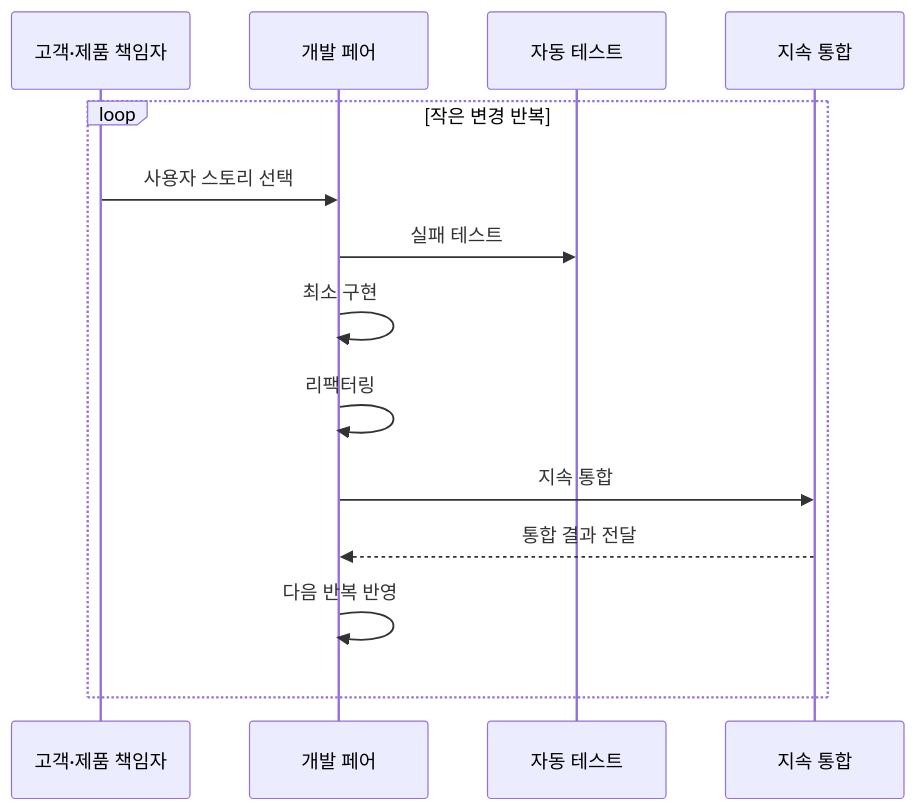
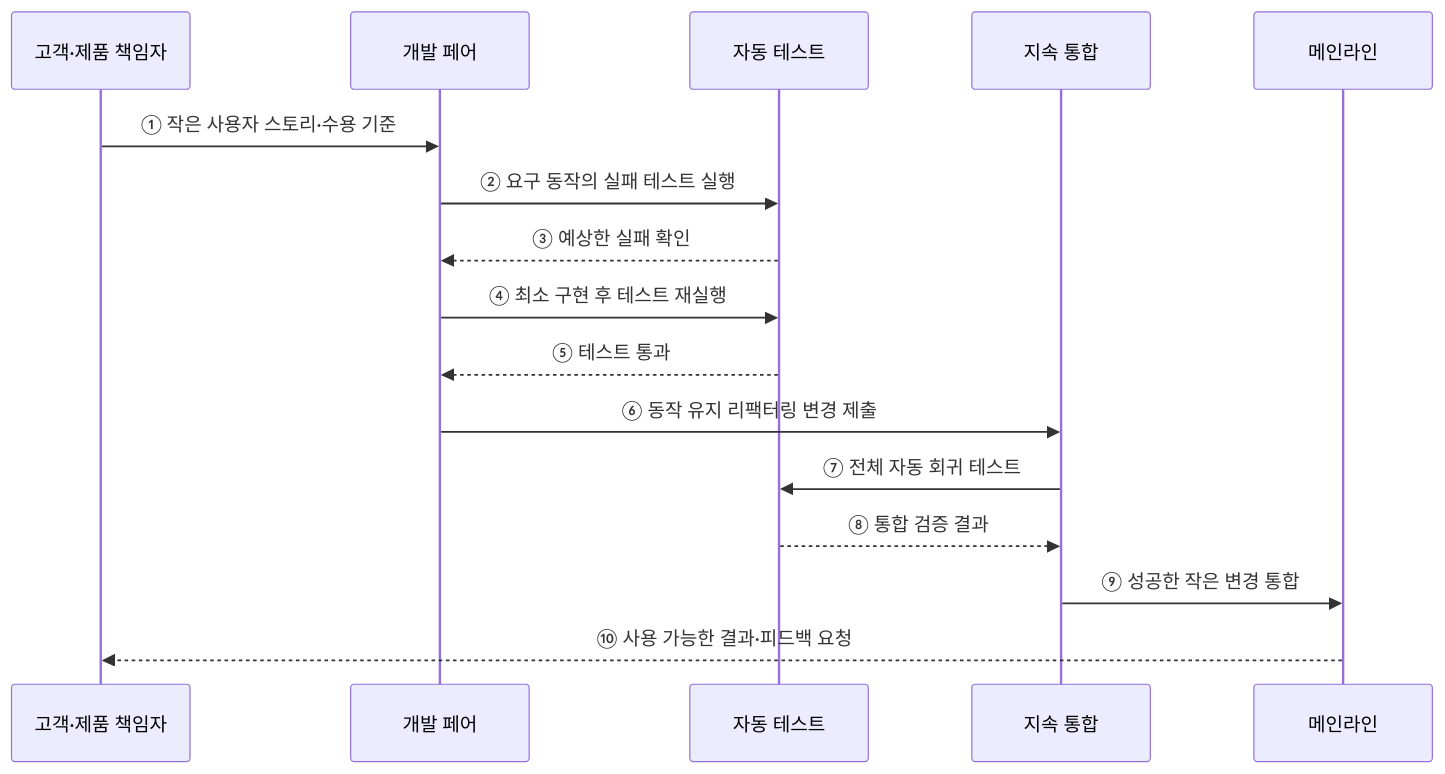
The second of 2 diagrams in src/content/docs/notes/03-software/034_extreme_programming.md (agnusdei1207/knowledge-base), drawn with Mermaid before and after one commit. The commit also changed other lines of this file and 20 other files, not shown here.

````diff
--- a/src/content/docs/notes/03-software/034_extreme_programming.md
+++ b/src/content/docs/notes/03-software/034_extreme_programming.md
@@ -74,16 +85,19 @@
 ```mermaid
 sequenceDiagram
     participant C as 고객·제품 책임자
     participant P as 개발 페어
     participant T as 자동 테스트
     participant I as 지속 통합
-    loop 작은 변경 반복
-        C->>P: 사용자 스토리 선택
-        P->>T: 실패 테스트
-        P->>P: 최소 구현
-        P->>P: 리팩터링
-        P->>I: 지속 통합
-        I-->>P: 통합 결과 전달
-        P->>P: 다음 반복 반영
-    end
+    participant M as 메인라인
+
+    C->>P: ① 작은 사용자 스토리·수용 기준
+    P->>T: ② 요구 동작의 실패 테스트 실행
+    T-->>P: ③ 예상한 실패 확인
+    P->>T: ④ 최소 구현 후 테스트 재실행
+    T-->>P: ⑤ 테스트 통과
+    P->>I: ⑥ 동작 유지 리팩터링 변경 제출
+    I->>T: ⑦ 전체 자동 회귀 테스트
+    T-->>I: ⑧ 통합 검증 결과
+    I->>M: ⑨ 성공한 작은 변경 통합
+    M-->>C: ⑩ 사용 가능한 결과·피드백 요청
 ```
````
